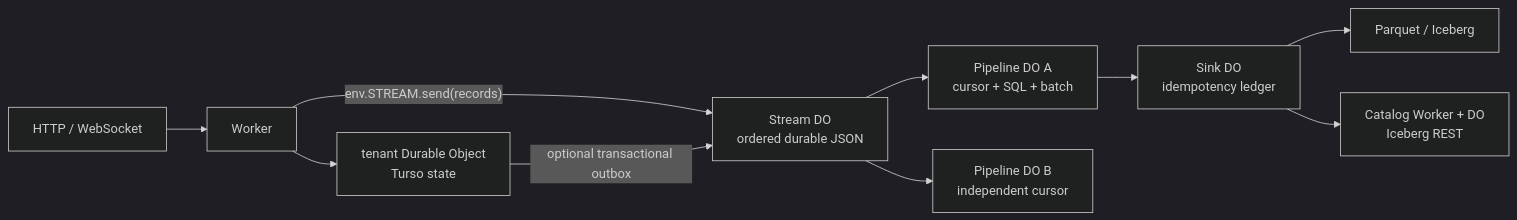
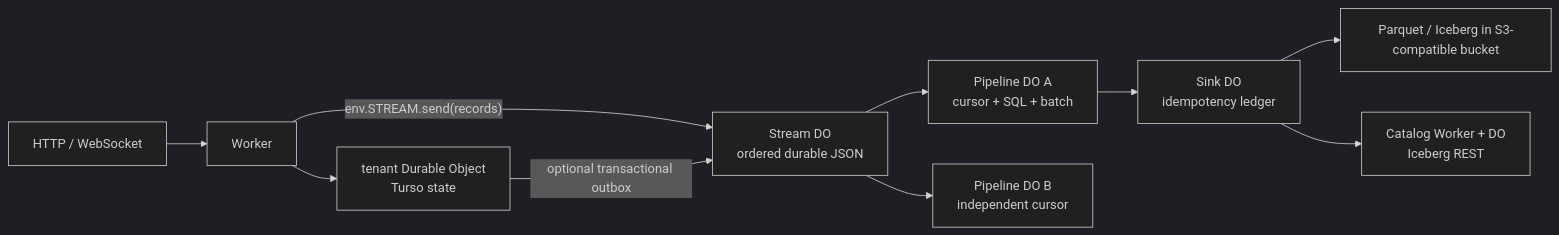
One commit to verglas-org/verglas changed the diagram in docs/architecture/primitives-platform.mdx. Above: the diagram before and after it, drawn with Mermaid (dark theme). The commit also changed other lines of this file and 88 other files, not shown here.

````diff
--- a/docs/architecture/primitives-platform.mdx
+++ b/docs/architecture/primitives-platform.mdx
@@ -36,12 +36,12 @@
 ```mermaid
 flowchart LR
     U["HTTP / WebSocket"] --> W["Worker"]
     W --> D["tenant Durable Object\nTurso state"]
     W -->|"env.STREAM.send(records)"| S["Stream DO\nordered durable JSON"]
     D -->|"optional transactional outbox"| S
     S --> P1["Pipeline DO A\ncursor + SQL + batch"]
     S --> P2["Pipeline DO B\nindependent cursor"]
     P1 --> K["Sink DO\nidempotency ledger"]
-    K --> I["Parquet / Iceberg"]
+    K --> I["Parquet / Iceberg in S3-compatible bucket"]
     K --> C["Catalog Worker + DO\nIceberg REST"]
 ```
````
